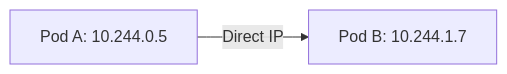
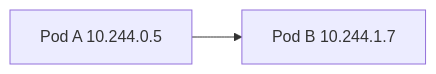
The third of 6 diagrams in 02-pods-fundamentals/2.6_pod-networking-basics.md (Aravind-devops-1/devops_ganesh), drawn with Mermaid before and after one commit. The commit also changed other lines of this file, not shown here.

First line of the commit message:
Revise Pod Networking Basics for Kubernetes

````diff
--- a/02-pods-fundamentals/2.6_pod-networking-basics.md
+++ b/02-pods-fundamentals/2.6_pod-networking-basics.md
@@ -40,5 +118,4 @@
 ```mermaid
-graph LR
-    PodA[Pod A: 10.244.0.5] -- Direct IP --> PodB[Pod B: 10.244.1.7]
-
+flowchart LR
+PodA[Pod A 10.244.0.5]-->PodB[Pod B 10.244.1.7]
 ```
````
